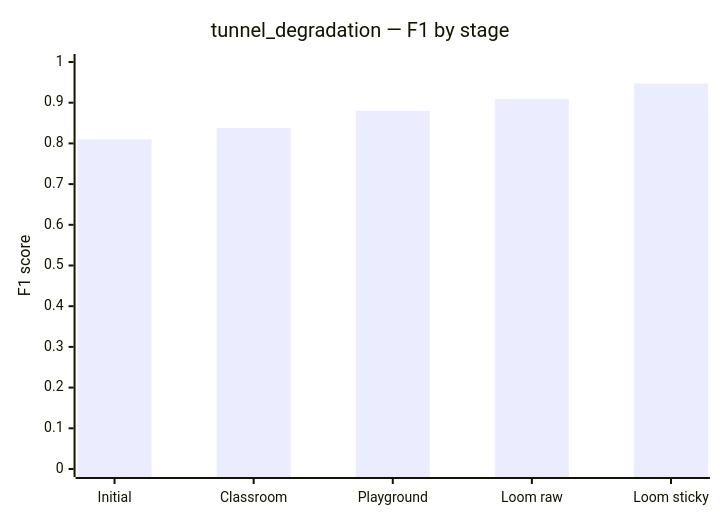
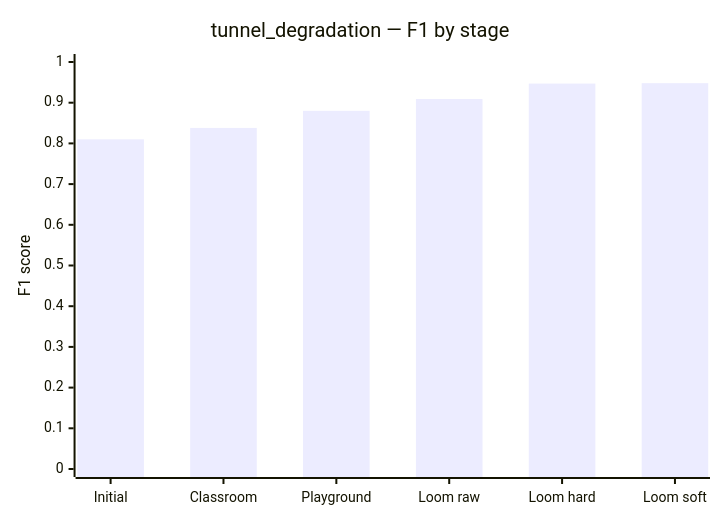
Before and after one commit to sahilshaik13/deca-isro: the third of 5 diagrams in docs/DECA_TEST_SCORES.md, drawn with Mermaid. The commit also changed other lines of this file and 11 other files, not shown here.

````diff
--- a/docs/DECA_TEST_SCORES.md
+++ b/docs/DECA_TEST_SCORES.md
@@ -251,7 +328,7 @@
 ```mermaid
 xychart-beta
     title "tunnel_degradation — F1 by stage"
-    x-axis [Initial, Classroom, Playground, "Loom raw", "Loom sticky"]
+    x-axis [Initial, Classroom, Playground, "Loom raw", "Loom hard", "Loom soft"]
     y-axis "F1 score" 0 --> 1
-    bar [0.81, 0.838, 0.88, 0.909, 0.947]
+    bar [0.81, 0.838, 0.88, 0.909, 0.947, 0.948]
 ```
````
